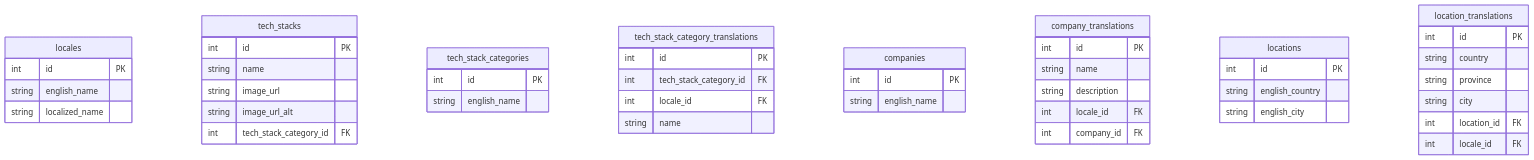
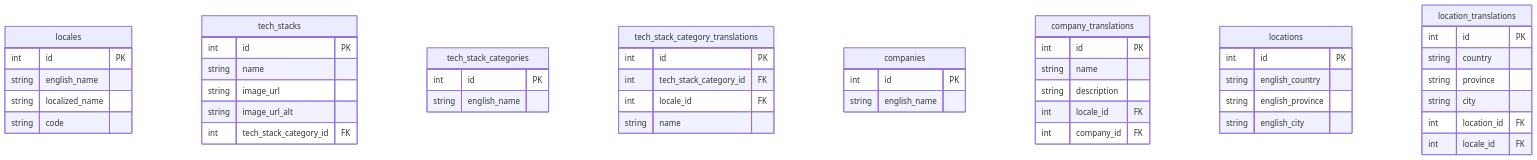
Before and after one commit to fadhilahm/personal-website: the diagram in docs/design/Database Design.md, drawn with Mermaid. The commit also changed other lines of this file, not shown here.

Commit message:
Add code field to companies table and english_province field to locations table in Database Design documentation. Include sections for locations and location_translations.

````diff
--- a/docs/design/Database Design.md
+++ b/docs/design/Database Design.md
@@ -5,59 +5,61 @@
 ```mermaid
 
 erDiagram
 
     locales {
         int     id              PK
         string  english_name
         string  localized_name
+        string  code
     }
 
     tech_stacks {
         int     id                      PK
         string  name
         string  image_url
         string  image_url_alt
         int     tech_stack_category_id  FK
     }
 
     tech_stack_categories {
         int     id              PK
         string  english_name
     }
 
     tech_stack_category_translations  {
         int     id                      PK
         int     tech_stack_category_id  FK
         int     locale_id               FK
         string  name
     }
 
     companies {
         int     id              PK
         string  english_name
     }
 
     company_translations {
         int     id          PK
         string  name
         string  description
         int     locale_id   FK
         int     company_id  FK
     }
 
     locations {
         int     id              PK
         string  english_country
+        string  english_province
         string  english_city
     }
 
     location_translations {
         int     id          PK
         string  country
         string  province
         string  city
         int     location_id FK
         int     locale_id   FK
     }
 
 ```
````
